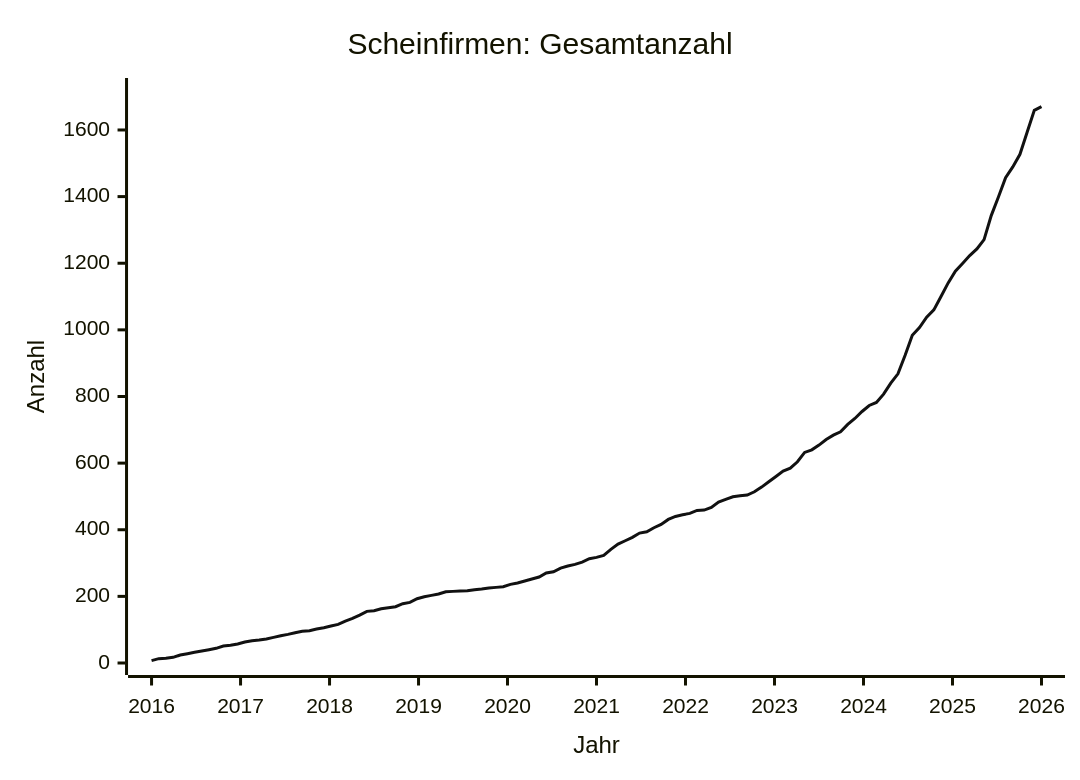
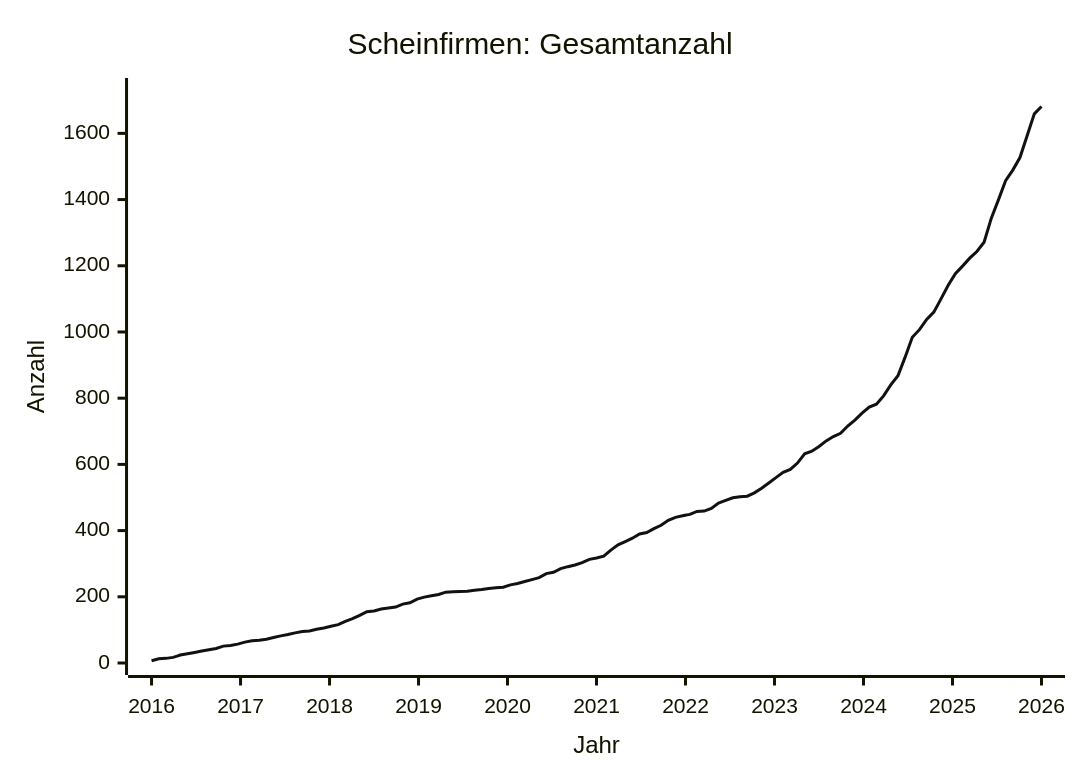
The diagram in data/STATS.md (arjoma/scheinfirmen-at), drawn with Mermaid before and after one commit. The commit also changed other lines of this file and 3 other files, not shown here.

````diff
--- a/data/STATS.md
+++ b/data/STATS.md
@@ -9,13 +9,13 @@
 ```mermaid
 ---
 config:
   themeVariables:
     xyChart:
       plotColorPalette: "#111111"
 ---
 xychart-beta
     title "Scheinfirmen: Gesamtanzahl"
     x-axis "Jahr" 2016 --> 2026
-    y-axis "Anzahl" 0 --> 1720
-    line [7, 13, 14, 17, 24, 28, 32, 36, 40, 44, 51, 53, 57, 63, 67, 69, 72, 77, 82, 86, 91, 95, 97, 102, 106, 111, 116, 126, 134, 144, 155, 157, 163, 166, 169, 178, 182, 193, 199, 203, 207, 214, 215, 216, 217, 220, 222, 225, 227, 229, 236, 240, 246, 252, 258, 270, 274, 285, 291, 296, 303, 313, 317, 323, 341, 357, 367, 377, 390, 394, 406, 416, 431, 440, 445, 449, 458, 459, 467, 483, 491, 499, 502, 504, 514, 528, 544, 560, 576, 585, 604, 632, 640, 654, 671, 684, 694, 716, 734, 755, 773, 782, 807, 840, 868, 924, 984, 1007, 1038, 1060, 1100, 1141, 1176, 1199, 1223, 1243, 1271, 1343, 1399, 1457, 1489, 1527, 1593, 1659, 1670]
+    y-axis "Anzahl" 0 --> 1731
+    line [7, 13, 14, 17, 24, 28, 32, 36, 40, 44, 51, 53, 57, 63, 67, 69, 72, 77, 82, 86, 91, 95, 97, 102, 106, 111, 116, 126, 134, 144, 155, 157, 163, 166, 169, 178, 182, 193, 199, 203, 207, 214, 215, 216, 217, 220, 222, 225, 227, 229, 236, 240, 246, 252, 258, 270, 274, 285, 291, 296, 303, 313, 317, 323, 341, 357, 367, 377, 390, 394, 406, 416, 431, 440, 445, 449, 458, 459, 467, 483, 491, 499, 502, 504, 514, 528, 544, 560, 576, 585, 604, 632, 640, 654, 671, 684, 694, 716, 734, 755, 773, 782, 807, 840, 868, 924, 984, 1007, 1038, 1060, 1100, 1141, 1176, 1199, 1223, 1243, 1271, 1343, 1399, 1457, 1489, 1527, 1593, 1659, 1681]
 ```
````
